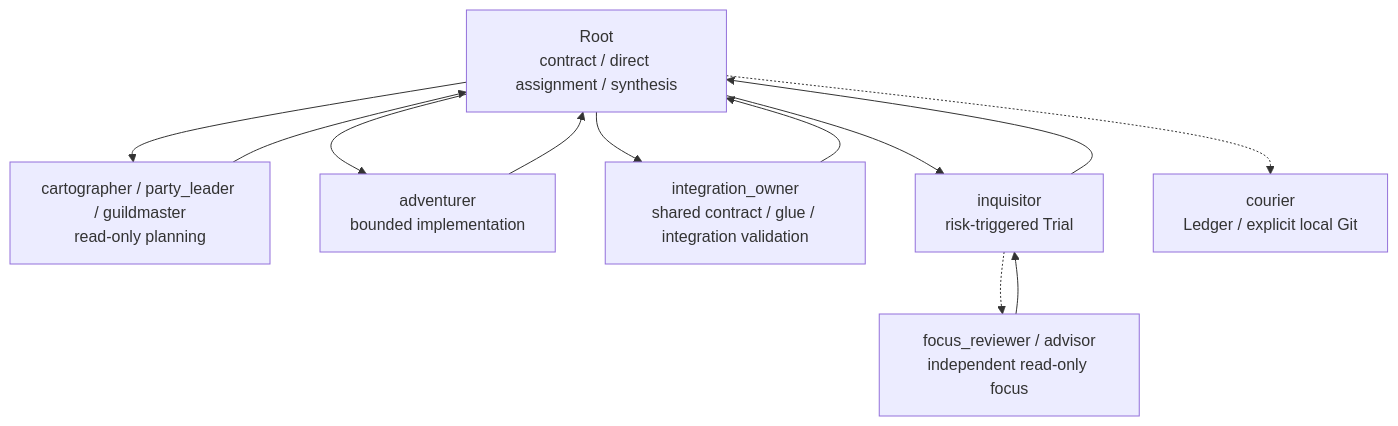
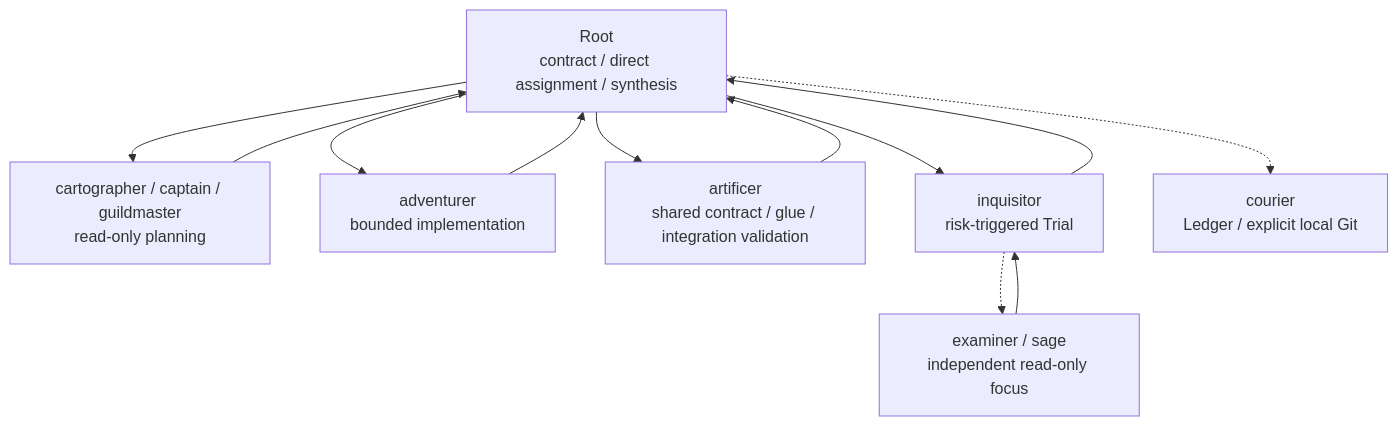
Before and after one commit to nir-nmttg/codex-guild-orchestra: the diagram in docs/agent-deployment.md, drawn with Mermaid. The commit also changed other lines of this file and 70 other files, not shown here.

````diff
--- a/docs/agent-deployment.md
+++ b/docs/agent-deployment.md
@@ -44,22 +58,22 @@
 ```mermaid
 flowchart TB
   root["Root\ncontract / direct assignment / synthesis"]
-  plan["cartographer / party_leader / guildmaster\nread-only planning"]
+  plan["cartographer / captain / guildmaster\nread-only planning"]
   worker["adventurer\nbounded implementation"]
-  integrate["integration_owner\nshared contract / glue / integration validation"]
+  integrate["artificer\nshared contract / glue / integration validation"]
   trial["inquisitor\nrisk-triggered Trial"]
-  focus["focus_reviewer / advisor\nindependent read-only focus"]
+  focus["examiner / sage\nindependent read-only focus"]
   courier["courier\nLedger / explicit local Git"]
 
   root --> plan
   plan --> root
   root --> worker
   worker --> root
   root --> integrate
   integrate --> root
   root --> trial
   trial -.-> focus
   focus --> trial
   trial --> root
   root -.-> courier
 ```
````
